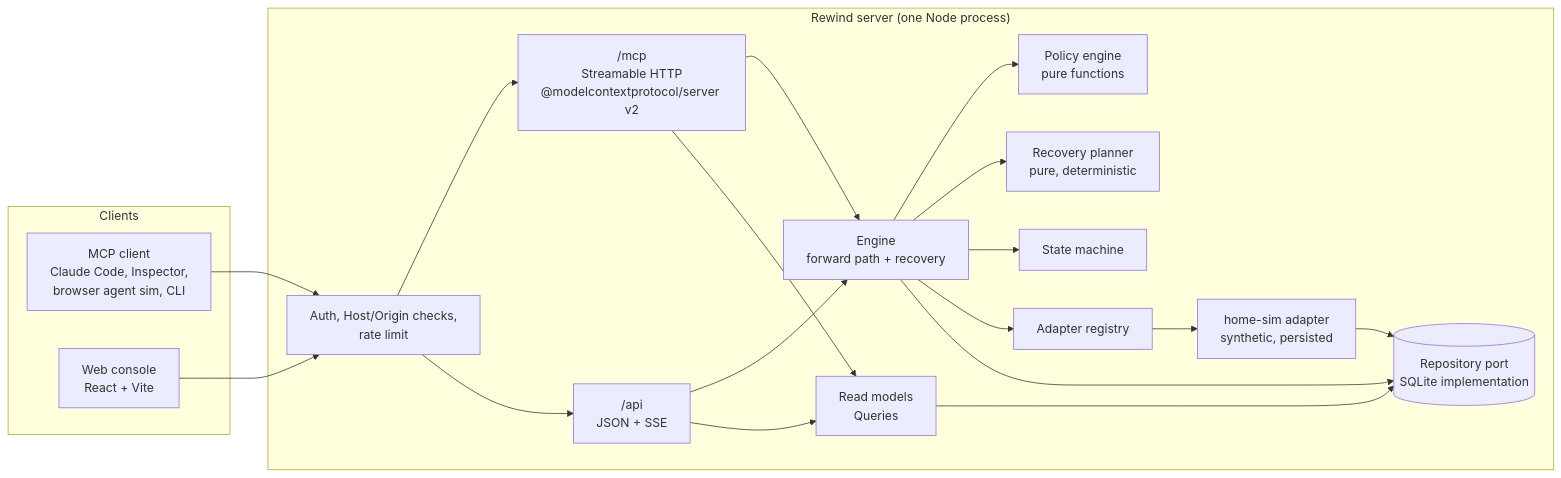
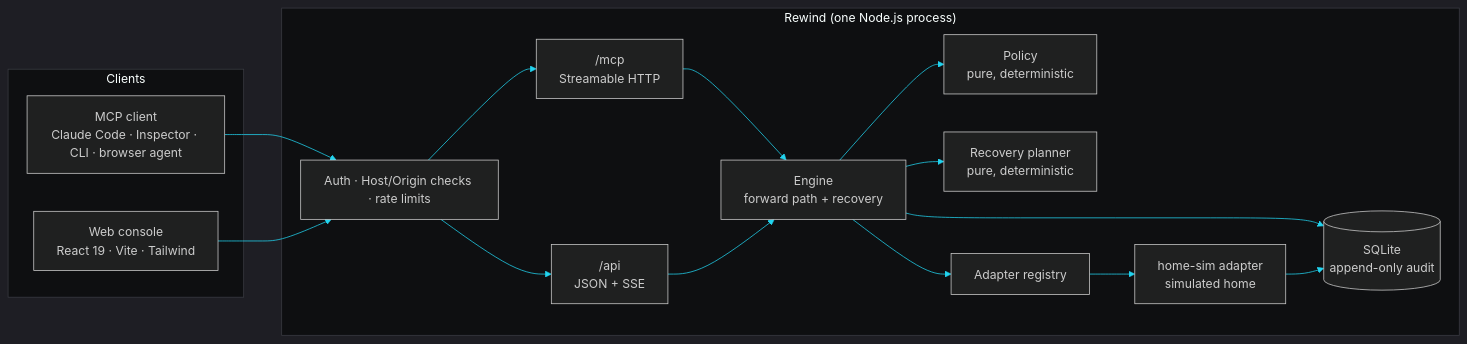
The second of 2 diagrams in README.md (antonettesk/rewind), drawn with Mermaid before and after one commit. The commit also changed other lines of this file and 9 other files, not shown here.

````diff
--- a/README.md
+++ b/README.md
@@ -149,33 +92,26 @@
 ```mermaid
+%%{init: {'theme':'dark','themeVariables':{'primaryColor':'#151820','primaryTextColor':'#eceef3','primaryBorderColor':'#2a2b31','lineColor':'#22d3ee','clusterBkg':'#0e0f11','clusterBorder':'#3a3b42'}}}%%
 flowchart LR
   subgraph Clients
-    A[MCP client<br/>Claude Code, Inspector,<br/>browser agent sim, CLI]
-    U[Web console<br/>React + Vite]
+    A["MCP client<br/>Claude Code · Inspector · CLI · browser agent"]
+    U["Web console<br/>React 19 · Vite · Tailwind"]
   end
-  subgraph Server["Rewind server (one Node process)"]
-    M["/mcp<br/>Streamable HTTP<br/>@modelcontextprotocol/server v2"]
+  subgraph Server["Rewind (one Node.js process)"]
+    G["Auth · Host/Origin checks · rate limits"]
+    M["/mcp<br/>Streamable HTTP"]
     H["/api<br/>JSON + SSE"]
-    G[Auth, Host/Origin checks,<br/>rate limit]
-    Q[Read models<br/>Queries]
-    E[Engine<br/>forward path + recovery]
-    P[Policy engine<br/>pure functions]
-    R[Recovery planner<br/>pure, deterministic]
-    S[State machine]
-    REG[Adapter registry]
-    AD[home-sim adapter<br/>synthetic, persisted]
-    REPO[(Repository port<br/>SQLite implementation)]
+    E["Engine<br/>forward path + recovery"]
+    P["Policy<br/>pure, deterministic"]
+    R["Recovery planner<br/>pure, deterministic"]
+    REG["Adapter registry"]
+    AD["home-sim adapter<br/>simulated home"]
+    DB[("SQLite<br/>append-only audit")]
   end
-  A --> G --> M
-  U --> G --> H
-  M --> E
-  M --> Q
-  H --> E
-  H --> Q
+  A --> G --> M --> E
+  U --> G --> H --> E
   E --> P
   E --> R
-  E --> S
   E --> REG --> AD
-  E --> REPO
-  Q --> REPO
-  AD --> REPO
+  E --> DB
+  AD --> DB
 ```
````
